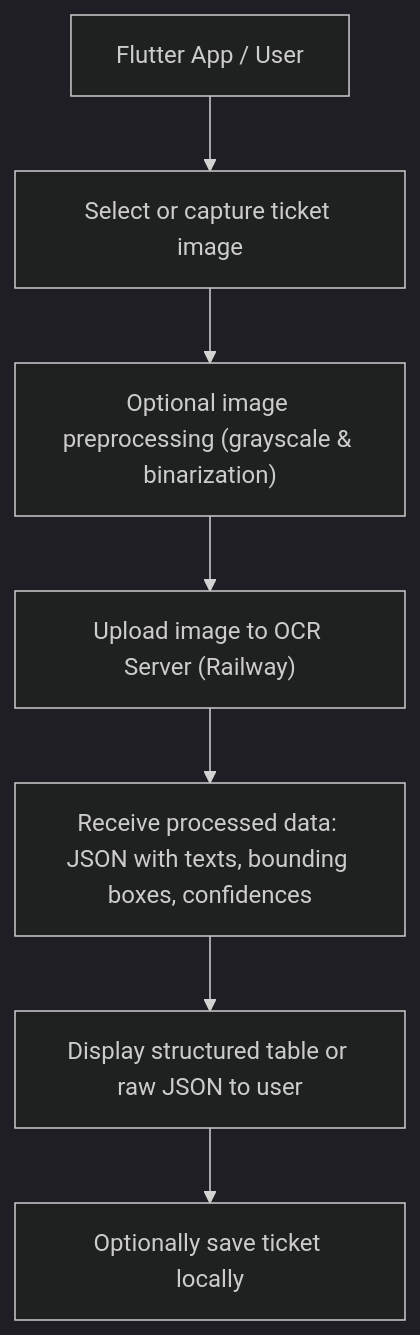
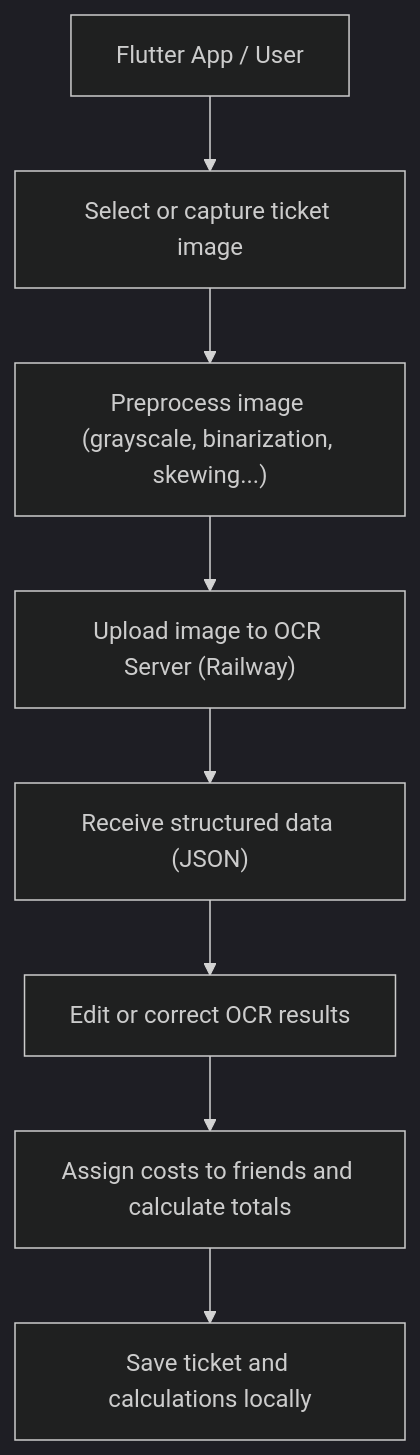
The diagram in README.md (carlshue/ocr_app), drawn with Mermaid (dark theme) before and after one commit. The commit also changed other lines of this file, not shown here.

````diff
--- a/README.md
+++ b/README.md
@@ -16,12 +23,12 @@
 ```mermaid
 flowchart TD
     A["Flutter App / User"] --> B["Select or capture ticket image"]
-    B --> C["Optional image preprocessing (grayscale & binarization)"]
+    B --> C["Preprocess image (grayscale, binarization, skewing...)"]
     C --> D["Upload image to OCR Server (Railway)"]
-    D --> E["Receive processed data: JSON with texts, bounding boxes, confidences"]
-    E --> F["Display structured table or raw JSON to user"]
-    F --> G["Optionally save ticket locally"]
+    D --> E["Receive structured data (JSON)"]
+    E --> F["Edit or correct OCR results"]
+    F --> G["Assign costs to friends and calculate totals"]
+    G --> H["Save ticket and calculations locally"]
 
     click D "https://github.com/carlshue/ocr_ticketing" "Go to GitHub repo"
-
 ```
````
